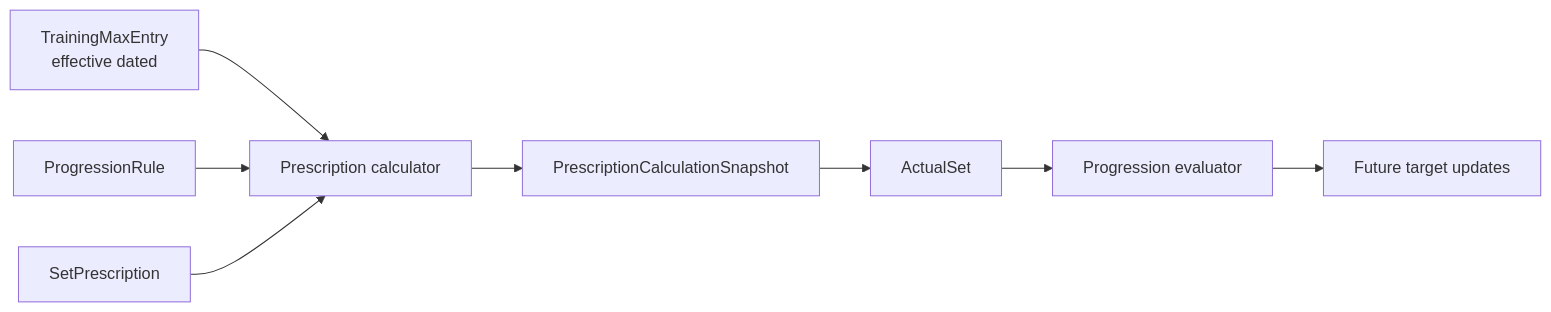
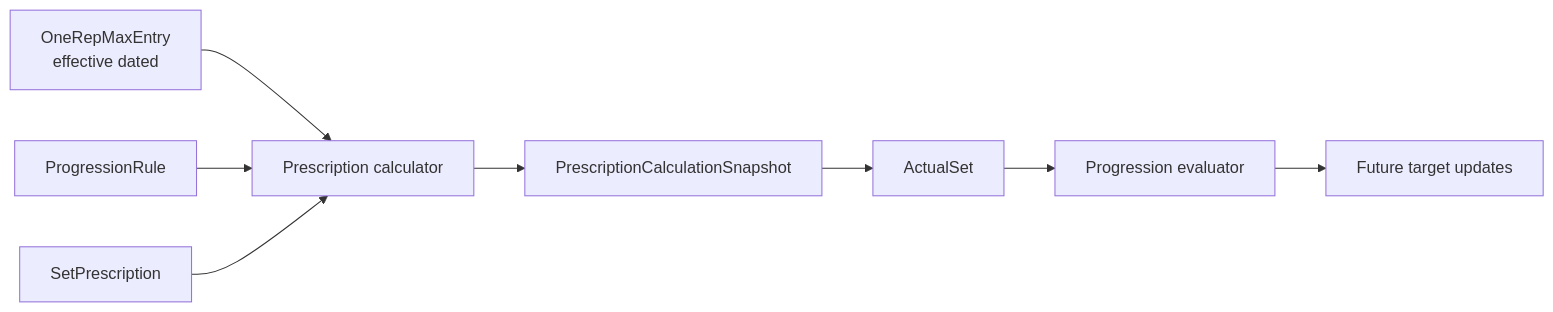
One commit to BerserkerDotNet/Liftorium changed diagram 11 of 15 in docs/architecture.md. Above: the diagram before and after it, drawn with Mermaid. The commit also changed other lines of this file and 102 other files, not shown here.

````diff
--- a/docs/architecture.md
+++ b/docs/architecture.md
@@ -654,10 +654,10 @@
 ```mermaid
 flowchart LR
-    Max[TrainingMaxEntry\neffective dated] --> Calc[Prescription calculator]
+    Max[OneRepMaxEntry\neffective dated] --> Calc[Prescription calculator]
     Rule[ProgressionRule] --> Calc
     Prescription[SetPrescription] --> Calc
     Calc --> Snapshot[PrescriptionCalculationSnapshot]
     Snapshot --> ActualSet[ActualSet]
     ActualSet --> Progression[Progression evaluator]
     Progression --> Future[Future target updates]
 ```
````
